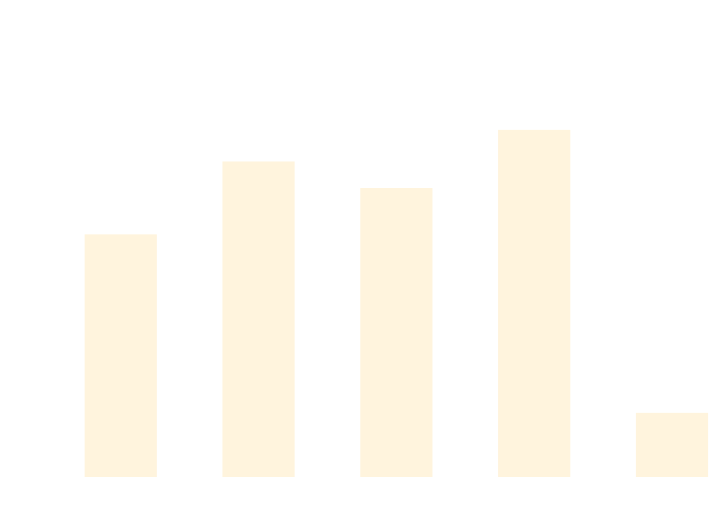
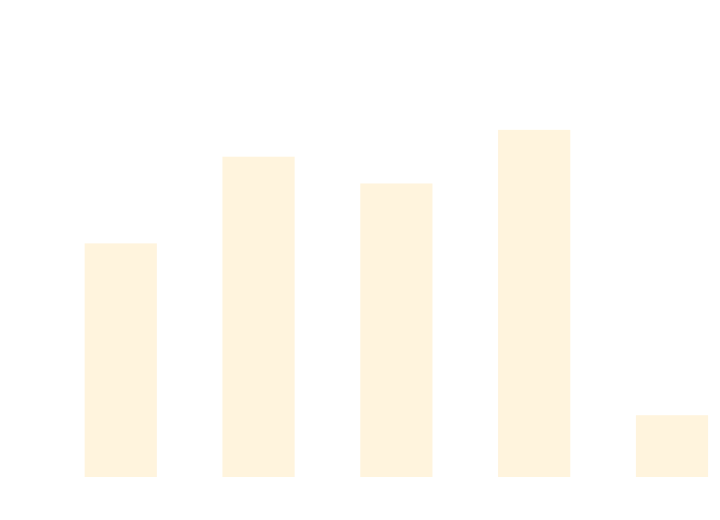
One commit to thomhurst/TUnit changed the diagram in docs/docs/benchmarks/AsyncTests.md. Above: the diagram before and after it, drawn with Mermaid. The commit also changed other lines of this file and 17 other files, not shown here.

````diff
--- a/docs/docs/benchmarks/AsyncTests.md
+++ b/docs/docs/benchmarks/AsyncTests.md
@@ -27,37 +27,37 @@
 ```mermaid
 %%{init: {
   'theme':'base',
   'themeVariables': {
     'primaryColor': '#2563eb',
     'primaryTextColor': '#ffffff',
     'primaryBorderColor': '#1e40af',
     'lineColor': '#6b7280',
     'secondaryColor': '#7c3aed',
     'tertiaryColor': '#dc2626',
     'background': '#ffffff',
     'mainBkg': '#2563eb',
     'secondBkg': '#7c3aed',
     'tertiaryBkg': '#dc2626',
     'clusterBkg': '#f3f4f6',
     'edgeLabelBackground': '#ffffff',
     'tertiaryTextColor': '#1f2937',
     'pie1': '#2563eb',
     'pie2': '#7c3aed',
     'pie3': '#dc2626',
     'pie4': '#f59e0b',
     'pie5': '#10b981',
     'pie6': '#06b6d4',
     'pie7': '#ec4899',
     'pie8': '#6366f1',
     'pie9': '#84cc16',
     'pie10': '#f97316',
     'pie11': '#14b8a6',
     'pie12': '#a855f7'
   }
 }}%%
 xychart-beta
   title "AsyncTests Performance Comparison"
   x-axis ["TUnit", "NUnit", "MSTest", "xUnit3", "TUnit_AOT"]
-  y-axis "Time (ms)" 0 --> 890
-  bar [513.1, 672.5, 614.4, 741.6, 122.8]
+  y-axis "Time (ms)" 0 --> 931
+  bar [516.1, 714.4, 653.1, 775.8, 123]
 ```
````
